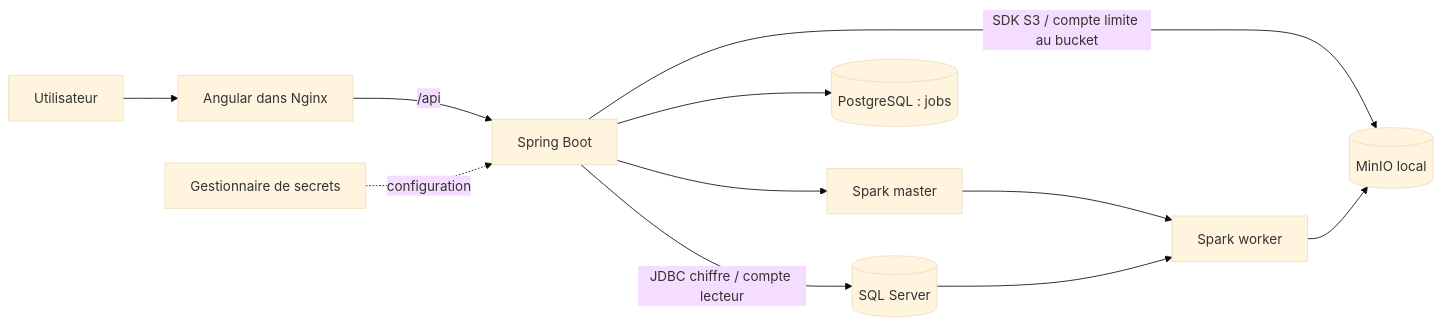
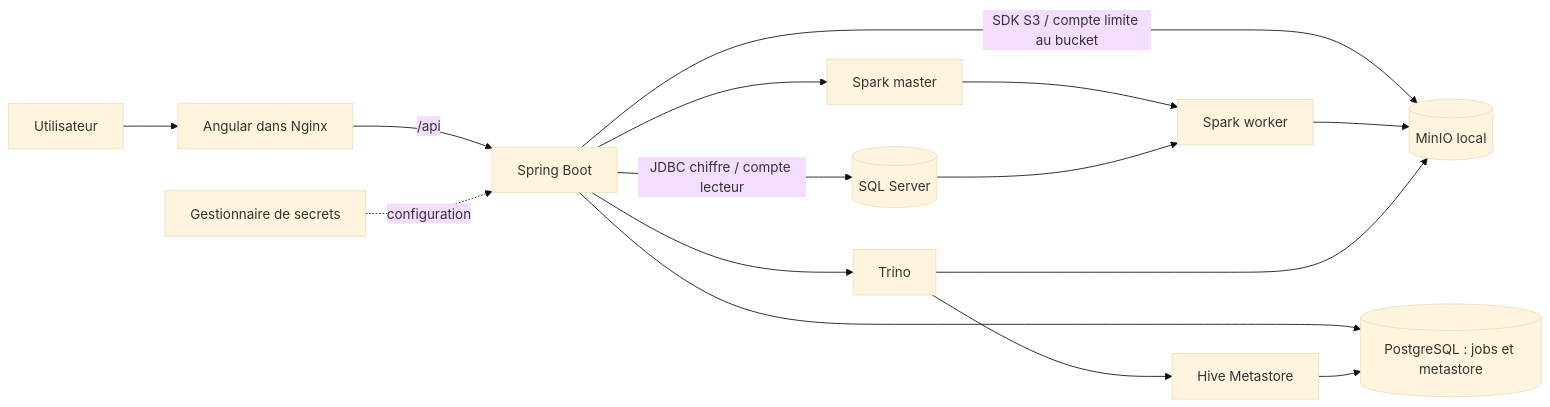
One commit to l8haitham-ctrl/distibuteddatam2 changed the first of 2 diagrams in docs/architecture-cloud.md. Above: the diagram before and after it, drawn with Mermaid (base theme). The commit also changed other lines of this file and 21 other files, not shown here.

````diff
--- a/docs/architecture-cloud.md
+++ b/docs/architecture-cloud.md
@@ -16,12 +17,16 @@
 ```mermaid
 flowchart LR
     U[Utilisateur] --> F[Angular dans Nginx]
     F -->|/api| B[Spring Boot]
     B -->|JDBC chiffre / compte lecteur| DB[(SQL Server)]
     B -->|SDK S3 / compte limite au bucket| M[(MinIO local)]
-    B --> PG[(PostgreSQL : jobs)]
+    B --> PG[(PostgreSQL : jobs et metastore)]
     B --> SM[Spark master]
     SM --> SW[Spark worker]
     DB --> SW --> M
+    B --> T[Trino]
+    T --> H[Hive Metastore]
+    H --> PG
+    T --> M
     S[Gestionnaire de secrets] -. configuration .-> B
 ```
````
